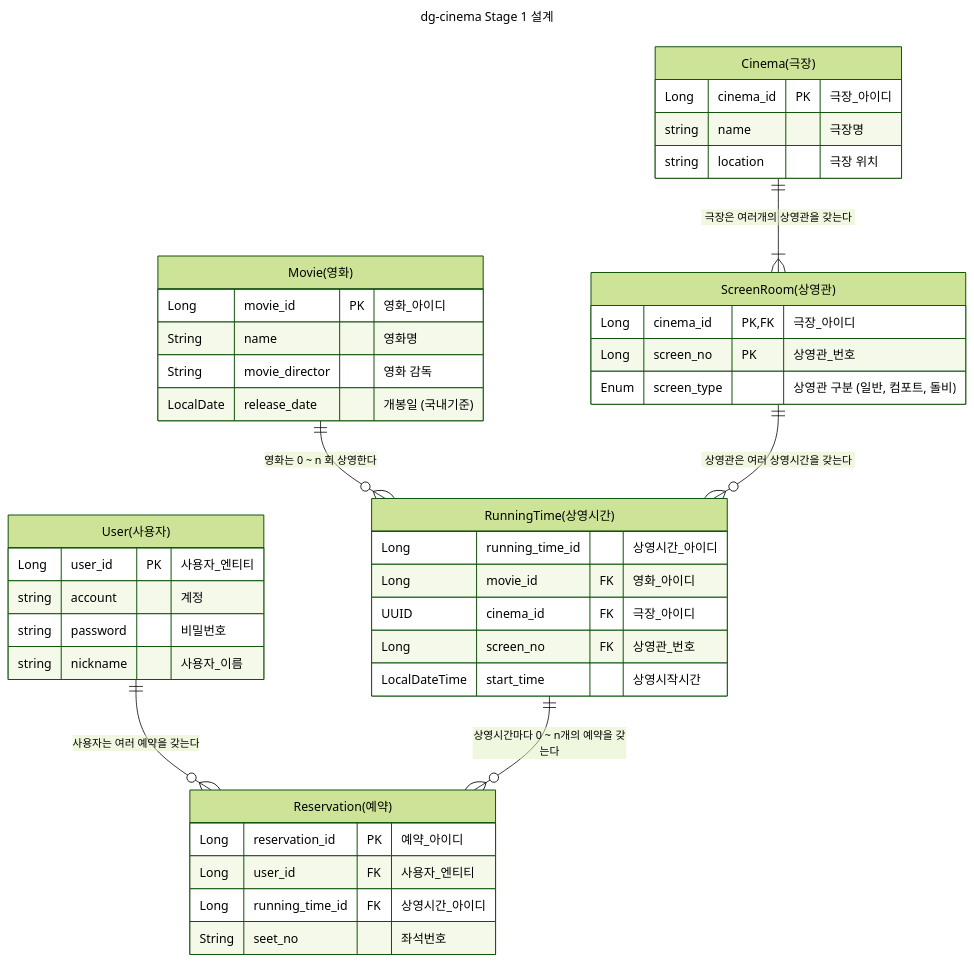
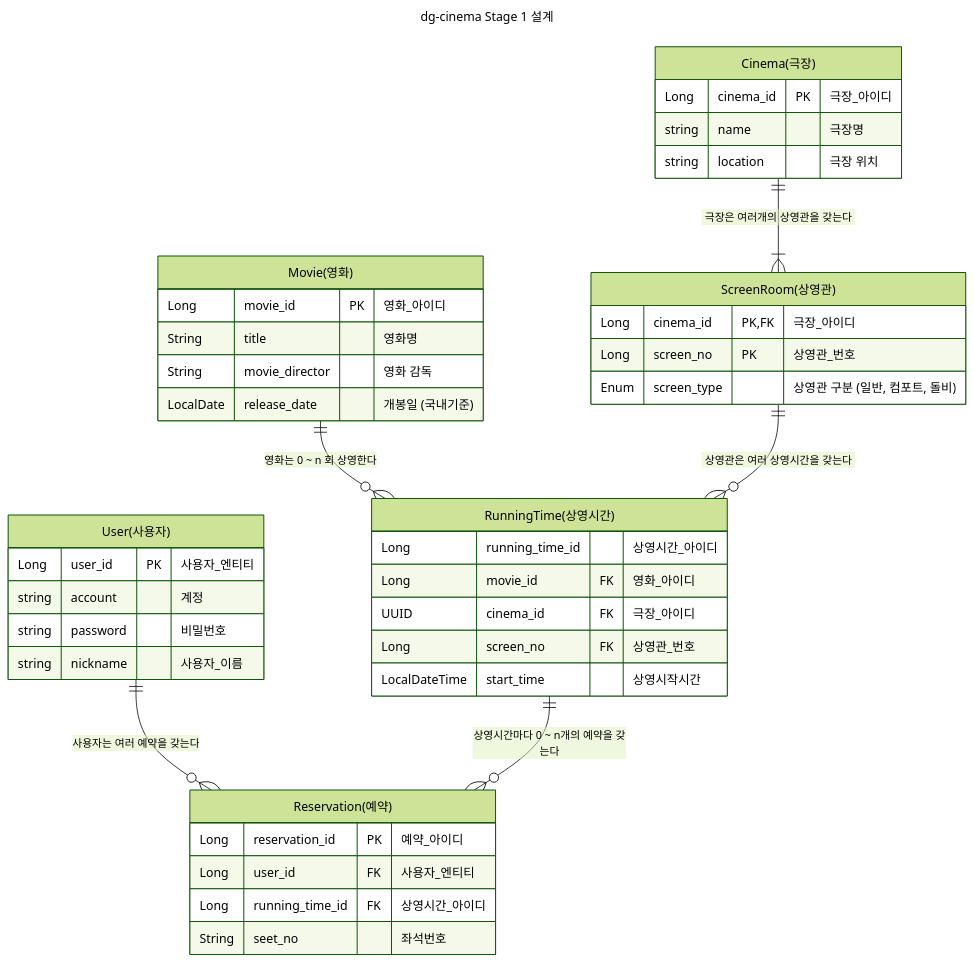
One commit to leesj8116/dg-cinema-backend changed the diagram in document/ENTITY.md. Above: the diagram before and after it, drawn with Mermaid (forest theme). The commit also changed other lines of this file and 6 other files, not shown here.

````diff
--- a/document/ENTITY.md
+++ b/document/ENTITY.md
@@ -5,51 +5,51 @@
 ```mermaid
 ---
 title: dg-cinema Stage 1 설계
 ---
 erDiagram
     "User(사용자)" {
         Long user_id PK "사용자_엔티티"
         string account "계정"
         string password "비밀번호"
         string nickname "사용자_이름"
     }
     "Movie(영화)" {
         Long movie_id PK "영화_아이디"
-        String name "영화명"
+        String title "영화명"
         String movie_director "영화 감독"
         LocalDate release_date "개봉일 (국내기준)"
     }
     "Cinema(극장)" {
         Long cinema_id PK "극장_아이디"
         string name "극장명"
         string location "극장 위치"
     }
 
     "ScreenRoom(상영관)" {
         Long cinema_id PK, FK "극장_아이디"
         Long screen_no PK "상영관_번호"
         Enum screen_type "상영관 구분 (일반, 컴포트, 돌비)"
     }
 
     "Reservation(예약)" {
         Long reservation_id PK "예약_아이디"
         Long user_id FK "사용자_엔티티"
         Long running_time_id FK "상영시간_아이디"
         String seet_no "좌석번호"
     }
 
     "RunningTime(상영시간)" {
         Long running_time_id "상영시간_아이디"
         Long movie_id FK "영화_아이디"
         UUID cinema_id FK "극장_아이디"
         Long screen_no FK "상영관_번호"
         LocalDateTime start_time "상영시작시간"
     }
 
     "Movie(영화)" ||--o{ "RunningTime(상영시간)": "영화는 0 ~ n 회 상영한다"
     "ScreenRoom(상영관)" ||--o{ "RunningTime(상영시간)": "상영관은 여러 상영시간을 갖는다"
     "Cinema(극장)" ||--|{ "ScreenRoom(상영관)": "극장은 여러개의 상영관을 갖는다"
     "User(사용자)" ||--o{ "Reservation(예약)": "사용자는 여러 예약을 갖는다"
     "RunningTime(상영시간)" ||--o{ "Reservation(예약)": "상영시간마다 0 ~ n개의 예약을 갖는다"
 
 ```
````
